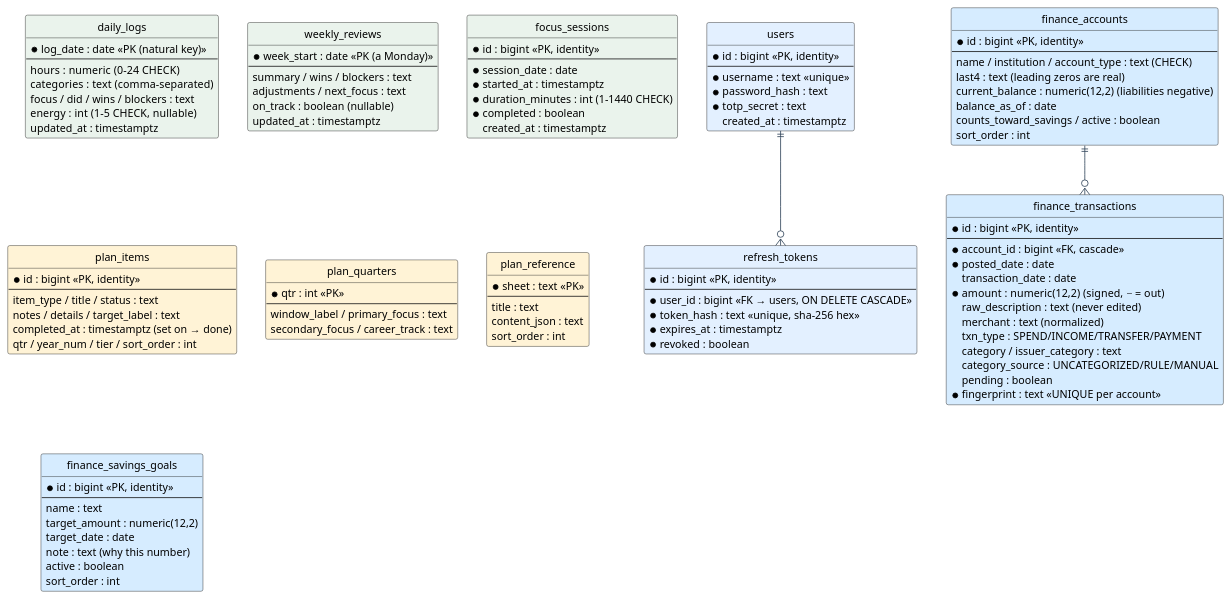
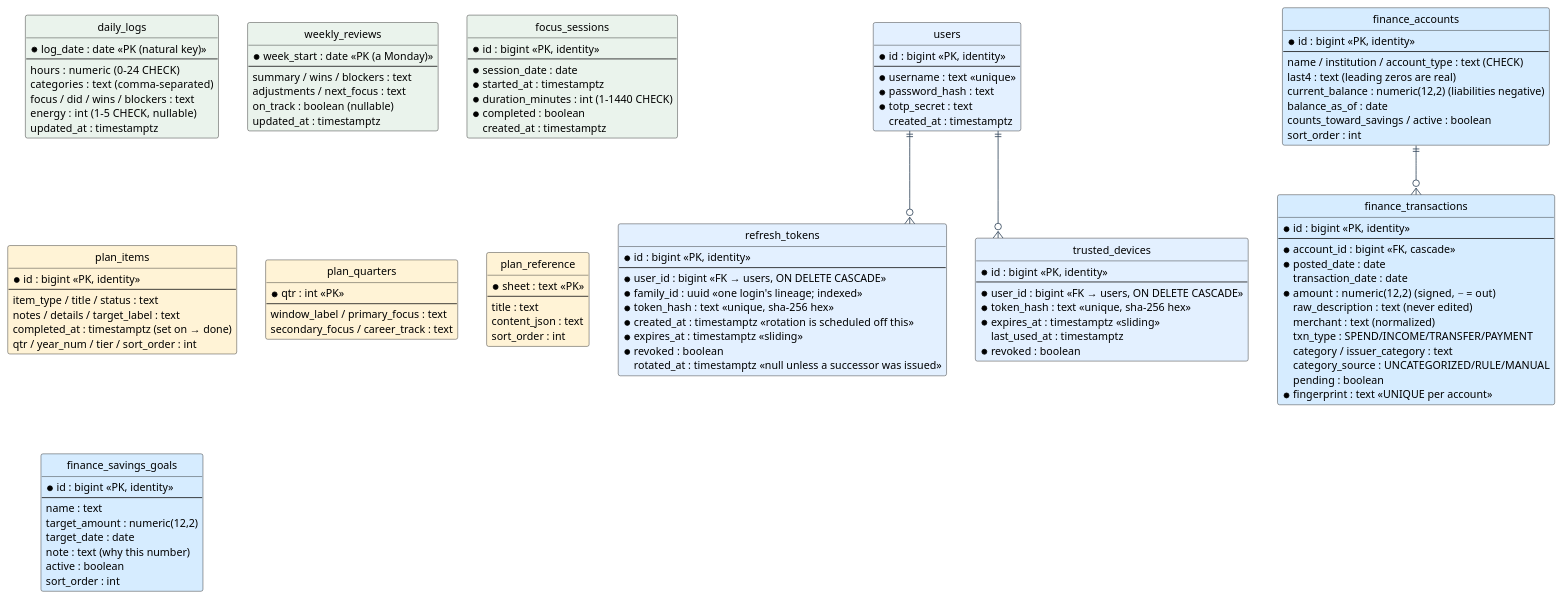
One commit to caseythecoder90/grindtrack changed the diagram in gt2/docs/diagrams/data-model.puml. Above: the diagram before and after it, drawn with PlantUML. The commit also changed 21 other files, not shown here.

```diff
--- a/gt2/docs/diagrams/data-model.puml
+++ b/gt2/docs/diagrams/data-model.puml
@@ -1,118 +1,131 @@
 @startuml
 ' Grindtrack data model (Postgres schema `grindtrack`). Render: see diagrams/render.sh
 hide circle
 skinparam linetype ortho
 skinparam backgroundColor #FFFFFF
 skinparam defaultFontSize 13
 skinparam defaultFontName Helvetica
 skinparam shadowing false
 skinparam ArrowColor #33475B
 skinparam entity {
   BackgroundColor #EEF2F7
   BorderColor #33475B
   FontColor #12243A
 }
 
 entity "users" as users #E3F0FF {
   * id : bigint <<PK, identity>>
   --
   * username : text <<unique>>
   * password_hash : text
   * totp_secret : text
   created_at : timestamptz
 }
 entity "refresh_tokens" as refresh_tokens #E3F0FF {
   * id : bigint <<PK, identity>>
   --
   * user_id : bigint <<FK → users, ON DELETE CASCADE>>
+  * family_id : uuid <<one login's lineage; indexed>>
   * token_hash : text <<unique, sha-256 hex>>
-  * expires_at : timestamptz
+  * created_at : timestamptz <<rotation is scheduled off this>>
+  * expires_at : timestamptz <<sliding>>
+  * revoked : boolean
+  rotated_at : timestamptz <<null unless a successor was issued>>
+}
+entity "trusted_devices" as trusted_devices #E3F0FF {
+  * id : bigint <<PK, identity>>
+  --
+  * user_id : bigint <<FK → users, ON DELETE CASCADE>>
+  * token_hash : text <<unique, sha-256 hex>>
+  * expires_at : timestamptz <<sliding>>
+  last_used_at : timestamptz
   * revoked : boolean
 }
 entity "daily_logs" as daily_logs #EAF3EC {
   * log_date : date <<PK (natural key)>>
   --
   hours : numeric  (0–24 CHECK)
   categories : text  (comma-separated)
   focus / did / wins / blockers : text
   energy : int  (1–5 CHECK, nullable)
   updated_at : timestamptz
 }
 entity "weekly_reviews" as weekly_reviews #EAF3EC {
   * week_start : date <<PK (a Monday)>>
   --
   summary / wins / blockers : text
   adjustments / next_focus : text
   on_track : boolean (nullable)
   updated_at : timestamptz
 }
 entity "focus_sessions" as focus_sessions #EAF3EC {
   * id : bigint <<PK, identity>>
   --
   * session_date : date
   * started_at : timestamptz
   * duration_minutes : int (1–1440 CHECK)
   * completed : boolean
   created_at : timestamptz
 }
 entity "plan_items" as plan_items #FFF3D6 {
   * id : bigint <<PK, identity>>
   --
   item_type / title / status : text
   notes / details / target_label : text
   completed_at : timestamptz (set on → done)
   qtr / year_num / tier / sort_order : int
 }
 entity "plan_quarters" as plan_quarters #FFF3D6 {
   * qtr : int <<PK>>
   --
   window_label / primary_focus : text
   secondary_focus / career_track : text
 }
 entity "plan_reference" as plan_reference #FFF3D6 {
   * sheet : text <<PK>>
   --
   title : text
   content_json : text
   sort_order : int
 }
 
 entity "finance_accounts" as finance_accounts #D6ECFF {
   * id : bigint <<PK, identity>>
   --
   name / institution / account_type : text (CHECK)
   last4 : text (leading zeros are real)
   current_balance : numeric(12,2) (liabilities negative)
   balance_as_of : date
   counts_toward_savings / active : boolean
   sort_order : int
 }
 entity "finance_transactions" as finance_transactions #D6ECFF {
   * id : bigint <<PK, identity>>
   --
   * account_id : bigint <<FK, cascade>>
   * posted_date : date
   transaction_date : date
   * amount : numeric(12,2) (signed, − = out)
   raw_description : text (never edited)
   merchant : text (normalized)
   txn_type : SPEND/INCOME/TRANSFER/PAYMENT
   category / issuer_category : text
   category_source : UNCATEGORIZED/RULE/MANUAL
   pending : boolean
   * fingerprint : text <<UNIQUE per account>>
 }
 entity "finance_savings_goals" as finance_savings_goals #D6ECFF {
   * id : bigint <<PK, identity>>
   --
   name : text
   target_amount : numeric(12,2)
   target_date : date
   note : text (why this number)
   active : boolean
   sort_order : int
 }
 
 users ||--o{ refresh_tokens
+users ||--o{ trusted_devices
 finance_accounts ||--o{ finance_transactions
 @enduml
```
